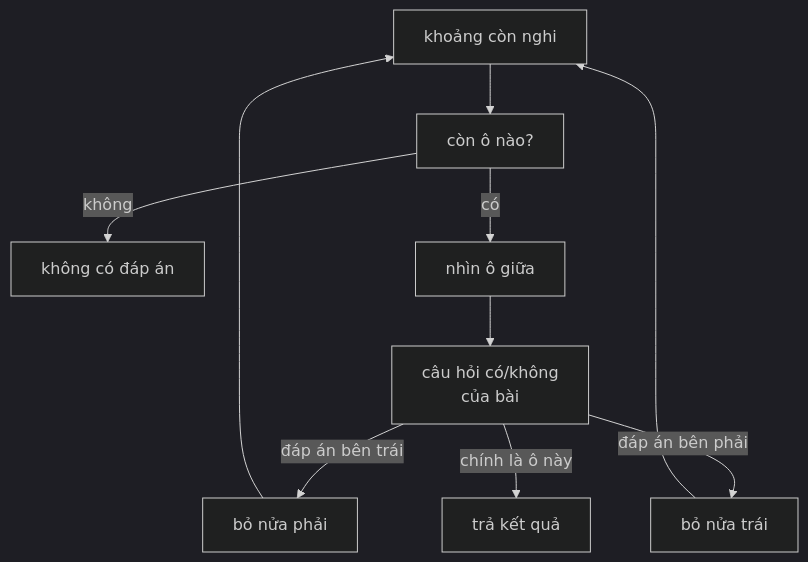
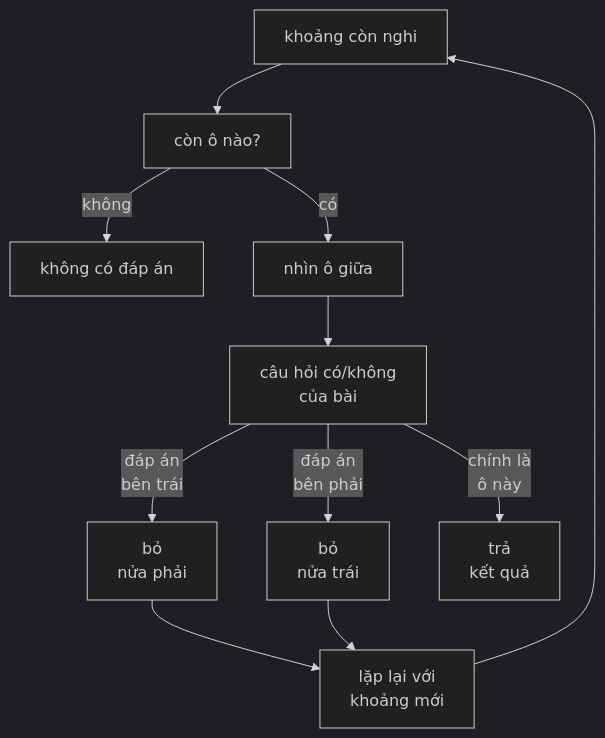
The diagram in content/posts/2026-11-23-neetcode-binary-search.md (duongbui234/software-engineering-atlas), drawn with Mermaid (dark theme) before and after one commit. The commit also changed 134 other files, not shown here.

First line of the commit message:
Fit every Mermaid diagram at 390px without sideways scroll (#56)

````diff
--- a/content/posts/2026-11-23-neetcode-binary-search.md
+++ b/content/posts/2026-11-23-neetcode-binary-search.md
@@ -44,12 +44,12 @@
 ```mermaid
 flowchart TB
   A["khoảng còn nghi"] --> B["còn ô nào?"]
   B -->|"không"| X["không có đáp án"]
   B -->|"có"| C["nhìn ô giữa"]
   C --> D["câu hỏi có/không<br/>của bài"]
-  D -->|"đáp án bên trái"| E["bỏ nửa phải"]
-  D -->|"đáp án bên phải"| F["bỏ nửa trái"]
-  D -->|"chính là ô này"| Y["trả kết quả"]
-  E --> A
-  F --> A
+  D -->|"đáp án<br/>bên trái"| E["bỏ<br/>nửa phải"]
+  D -->|"đáp án<br/>bên phải"| F["bỏ<br/>nửa trái"]
+  D -->|"chính là<br/>ô này"| Y["trả<br/>kết quả"]
+  E & F --> R["lặp lại với<br/>khoảng mới"]
+  R --> A
 ```
````
